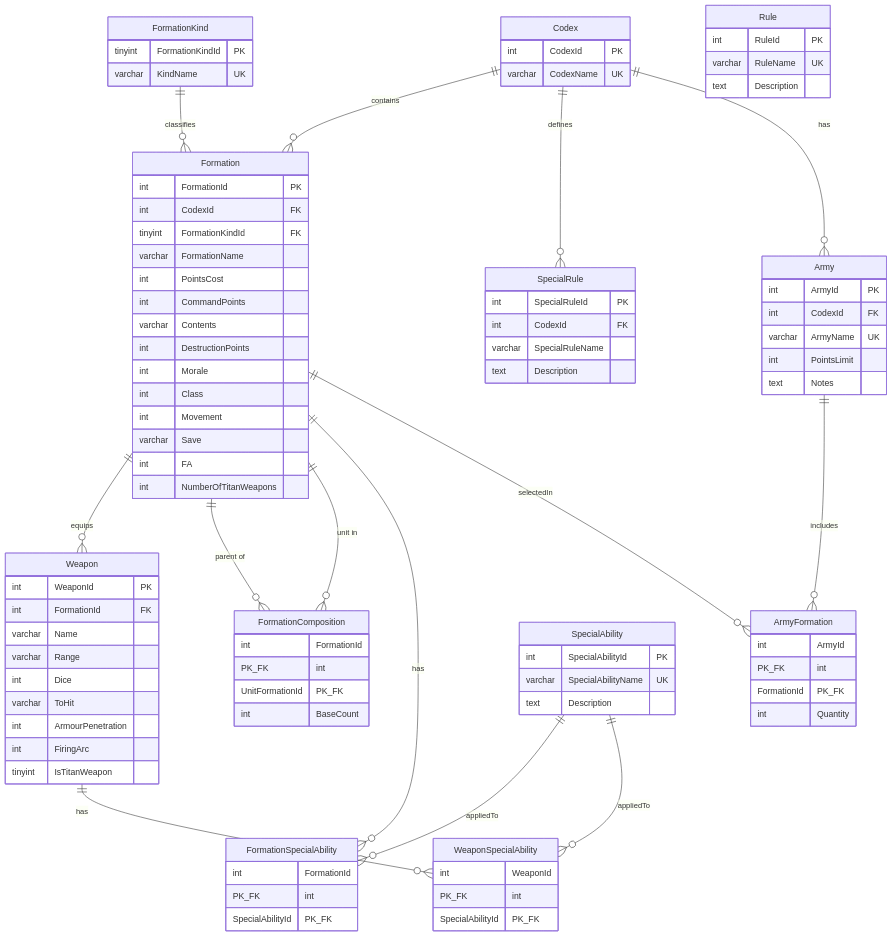
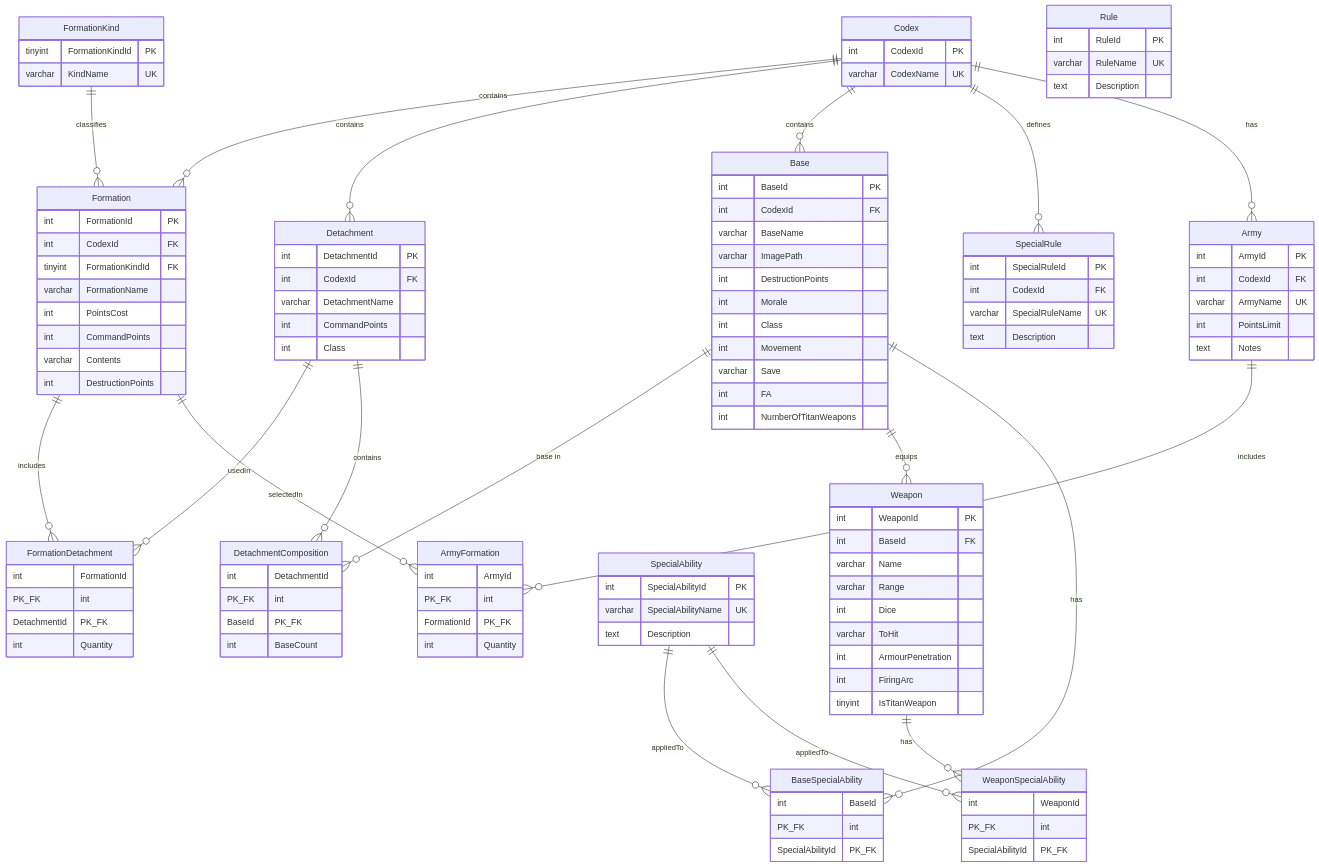
Before and after one commit to Phusck/Baguettepic: the diagram in Database/schema-erd.md, drawn with Mermaid. The commit also changed other lines of this file and 45 other files, not shown here.

````diff
--- a/Database/schema-erd.md
+++ b/Database/schema-erd.md
@@ -9,18 +9,22 @@
 ```mermaid
 erDiagram
     Codex ||--o{ Formation : contains
+    Codex ||--o{ Detachment : contains
+    Codex ||--o{ Base : contains
     Codex ||--o{ SpecialRule : defines
     Codex ||--o{ Army : has
     FormationKind ||--o{ Formation : classifies
-    Formation ||--o{ Weapon : equips
-    Formation ||--o{ FormationComposition : "parent of"
-    Formation ||--o{ FormationComposition : "unit in"
-    Formation ||--o{ FormationSpecialAbility : has
-    Formation ||--o{ ArmyFormation : selectedIn
-    SpecialAbility ||--o{ FormationSpecialAbility : appliedTo
+    Formation ||--o{ FormationDetachment : includes
+    Detachment ||--o{ FormationDetachment : usedIn
+    Detachment ||--o{ DetachmentComposition : contains
+    Base ||--o{ DetachmentComposition : "base in"
+    Base ||--o{ Weapon : equips
+    Base ||--o{ BaseSpecialAbility : has
+    SpecialAbility ||--o{ BaseSpecialAbility : appliedTo
     SpecialAbility ||--o{ WeaponSpecialAbility : appliedTo
     Weapon ||--o{ WeaponSpecialAbility : has
     Army ||--o{ ArmyFormation : includes
+    Formation ||--o{ ArmyFormation : selectedIn
 
     Codex {
         int CodexId PK
@@ -41,6 +45,28 @@
         int CommandPoints
         varchar Contents
         int DestructionPoints
+    }
+
+    Detachment {
+        int DetachmentId PK
+        int CodexId FK
+        varchar DetachmentName
+        int CommandPoints
+        int Class
+    }
+
+    FormationDetachment {
+        int FormationId PK_FK
+        int DetachmentId PK_FK
+        int Quantity
+    }
+
+    Base {
+        int BaseId PK
+        int CodexId FK
+        varchar BaseName
+        varchar ImagePath
+        int DestructionPoints
         int Morale
         int Class
         int Movement
@@ -49,15 +75,15 @@
         int NumberOfTitanWeapons
     }
 
-    FormationComposition {
-        int FormationId PK_FK
-        int UnitFormationId PK_FK
+    DetachmentComposition {
+        int DetachmentId PK_FK
+        int BaseId PK_FK
         int BaseCount
     }
 
     Weapon {
         int WeaponId PK
-        int FormationId FK
+        int BaseId FK
         varchar Name
         varchar Range
         int Dice
@@ -73,8 +99,8 @@
         text Description
     }
 
-    FormationSpecialAbility {
-        int FormationId PK_FK
+    BaseSpecialAbility {
+        int BaseId PK_FK
         int SpecialAbilityId PK_FK
     }
 
@@ -86,7 +112,7 @@
     SpecialRule {
         int SpecialRuleId PK
         int CodexId FK
-        varchar SpecialRuleName
+        varchar SpecialRuleName UK
         text Description
     }
 
````
